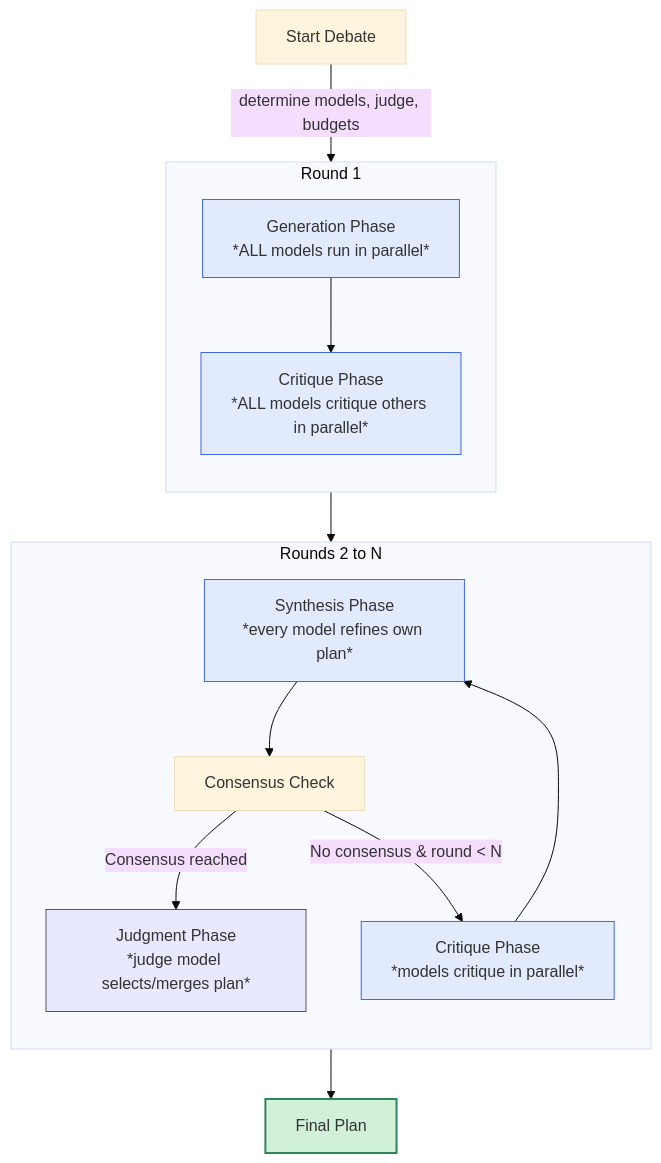
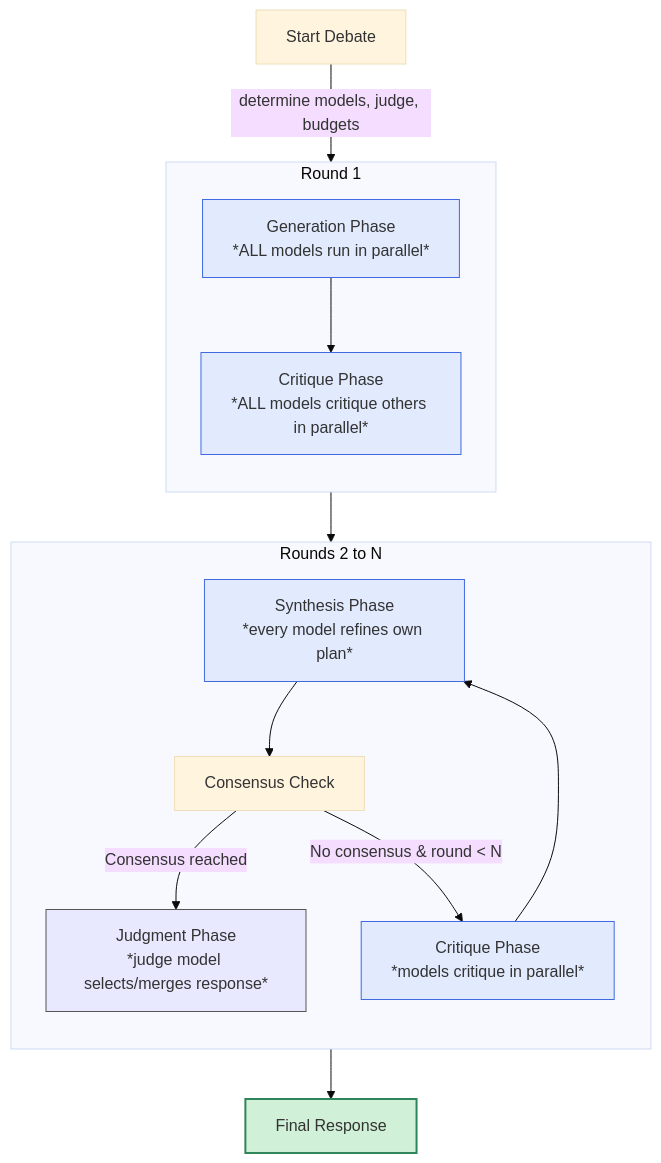
The first of 2 diagrams in README.md (jalehman/mcp-sage), drawn with Mermaid (base theme) before and after one commit. The commit also changed other lines of this file, not shown here.

````diff
--- a/README.md
+++ b/README.md
@@ -76,28 +66,28 @@
 ```mermaid
 flowchart TD
   S0[Start Debate] -->|determine models, judge, budgets| R1
 
   subgraph R1["Round 1"]
     direction TB
     R1GEN["Generation Phase<br/>*ALL models run in parallel*"]
     R1GEN --> R1CRIT["Critique Phase<br/>*ALL models critique others in parallel*"]
   end
 
   subgraph RN["Rounds 2 to N"]
     direction TB
     SYNTH["Synthesis Phase<br/>*every model refines own plan*"]
     SYNTH --> CONS[Consensus Check]
     CONS -->|Consensus reached| JUDGE
     CONS -->|No consensus & round < N| CRIT["Critique Phase<br/>*models critique in parallel*"]
     CRIT --> SYNTH
   end
 
   R1 --> RN
-  JUDGE[Judgment Phase<br/>*judge model selects/merges plan*]
-  JUDGE --> FP[Final Plan]
+  JUDGE[Judgment Phase<br/>*judge model selects/merges response*]
+  JUDGE --> FP[Final Response]
 
   classDef round fill:#e2eafe,stroke:#4169E1;
   class R1GEN,R1CRIT,SYNTH,CRIT round;
   style FP fill:#D0F0D7,stroke:#2F855A,stroke-width:2px
   style JUDGE fill:#E8E8FF,stroke:#555,stroke-width:1px
 ```
````
